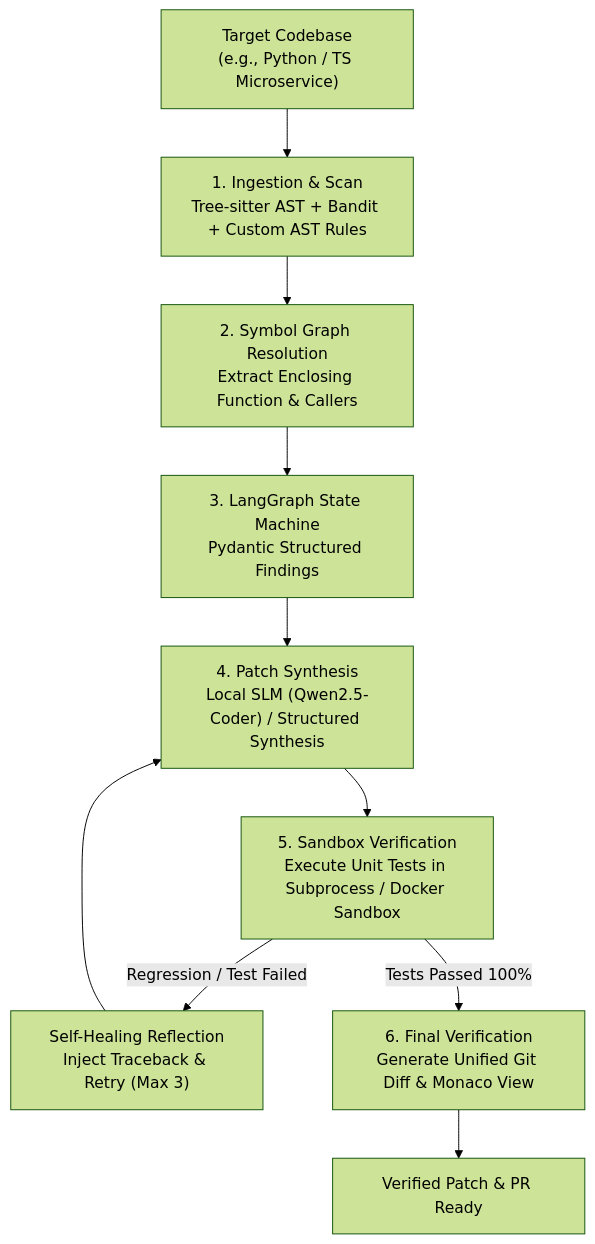
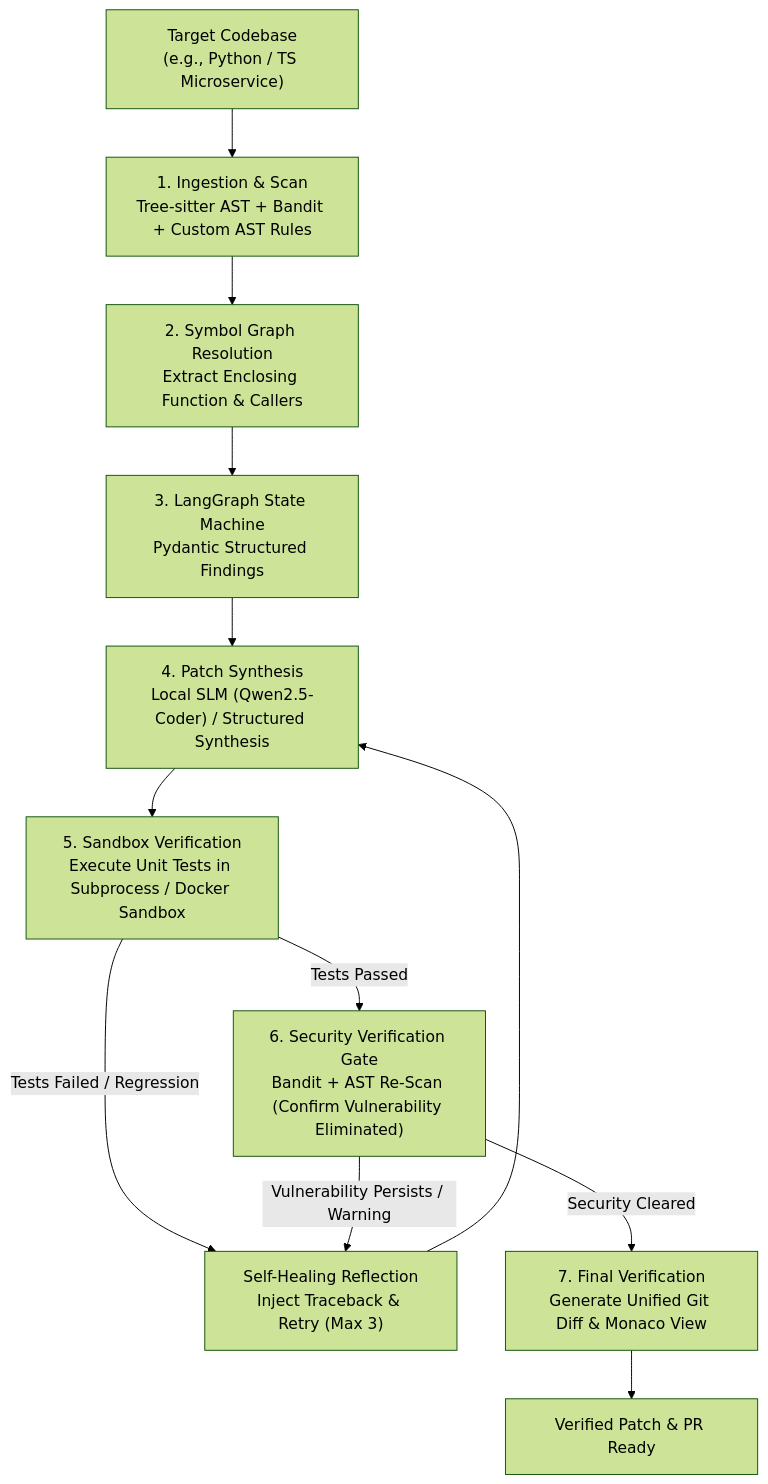
Before and after one commit to SambitAmanta/Sentinel-AI: the diagram in README.md, drawn with Mermaid (forest theme). The commit also changed other lines of this file and 4 other files, not shown here.

````diff
--- a/README.md
+++ b/README.md
@@ -44,15 +44,17 @@
 ```mermaid
 flowchart TD
     Repo["Target Codebase<br/>(e.g., Python / TS Microservice)"] --> Scan["1. Ingestion & Scan<br/>Tree-sitter AST + Bandit + Custom AST Rules"]
     Scan --> Graph["2. Symbol Graph Resolution<br/>Extract Enclosing Function & Callers"]
     Graph --> State["3. LangGraph State Machine<br/>Pydantic Structured Findings"]
     
     State --> Patch["4. Patch Synthesis<br/>Local SLM (Qwen2.5-Coder) / Structured Synthesis"]
     Patch --> Sandbox["5. Sandbox Verification<br/>Execute Unit Tests in Subprocess / Docker Sandbox"]
 
-    Sandbox -->|Regression / Test Failed| Reflect["Self-Healing Reflection<br/>Inject Traceback & Retry (Max 3)"]
+    Sandbox -->|Tests Failed / Regression| Reflect["Self-Healing Reflection<br/>Inject Traceback & Retry (Max 3)"]
     Reflect --> Patch
 
-    Sandbox -->|Tests Passed 100%| Finalize["6. Final Verification<br/>Generate Unified Git Diff & Monaco View"]
+    Sandbox -->|Tests Passed| SecGate["6. Security Verification Gate<br/>Bandit + AST Re-Scan (Confirm Vulnerability Eliminated)"]
+    SecGate -->|Vulnerability Persists / Warning| Reflect
+    SecGate -->|Security Cleared| Finalize["7. Final Verification<br/>Generate Unified Git Diff & Monaco View"]
     Finalize --> Output["Verified Patch & PR Ready"]
 ```
````
